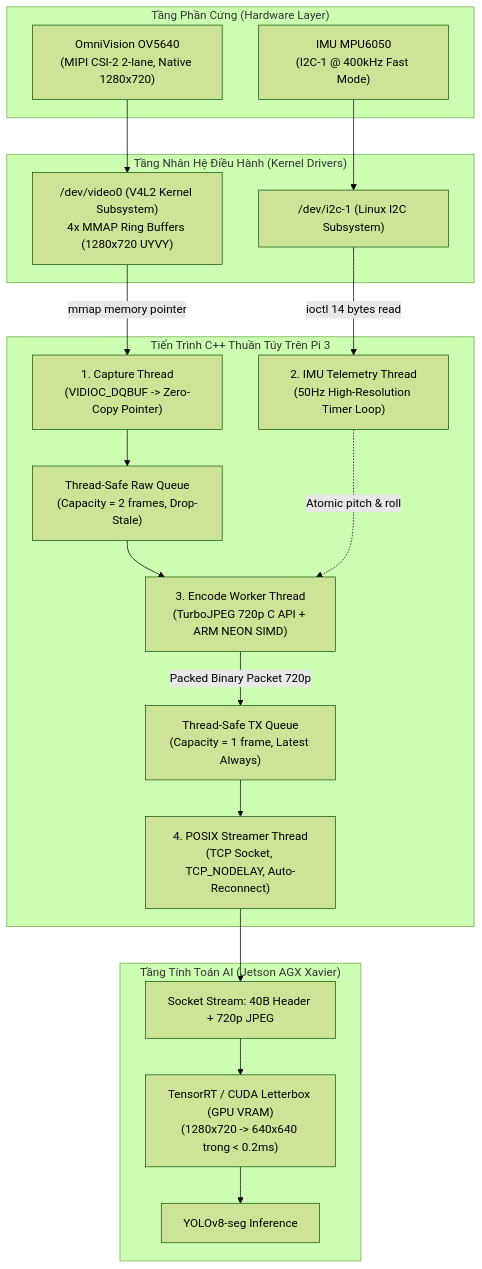
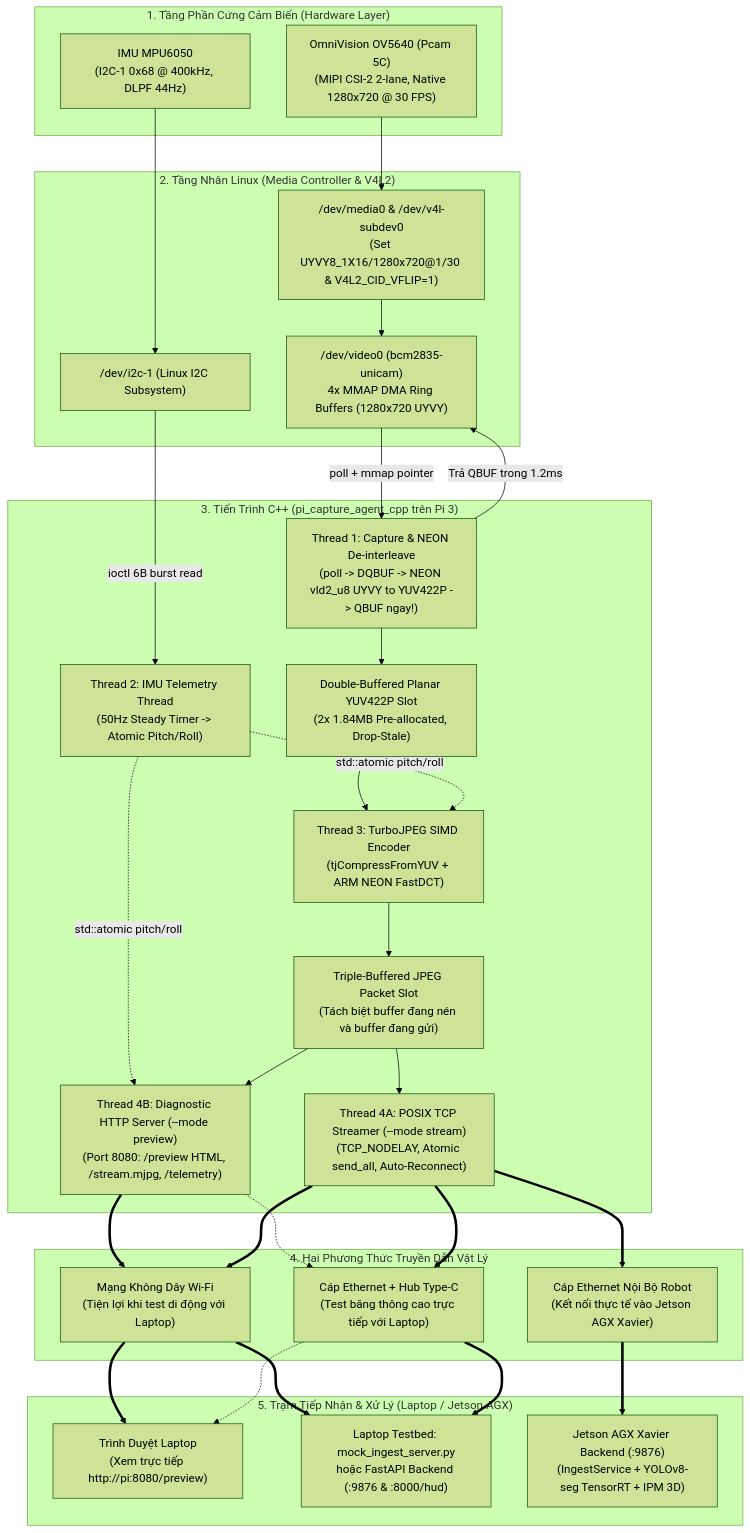
Before and after one commit to phamvantienkiz/monocular-spatial-vision: the first of 2 diagrams in docs/implementation/release-1c/technical-design.md, drawn with Mermaid (forest theme). The commit also changed other lines of this file and 28 other files, not shown here.

````diff
--- a/docs/implementation/release-1c/technical-design.md
+++ b/docs/implementation/release-1c/technical-design.md
@@ -15,48 +17,61 @@
 ```mermaid
 flowchart TD
-    subgraph HARDWARE ["Tầng Phần Cứng (Hardware Layer)"]
-        OV["OmniVision OV5640<br/>(MIPI CSI-2 2-lane, Native 1280x720)"]
-        MPU["IMU MPU6050<br/>(I2C-1 @ 400kHz Fast Mode)"]
+    subgraph HARDWARE ["1. Tầng Phần Cứng Cảm Biến (Hardware Layer)"]
+        OV["OmniVision OV5640 (Pcam 5C)<br/>(MIPI CSI-2 2-lane, Native 1280x720 @ 30 FPS)"]
+        MPU["IMU MPU6050<br/>(I2C-1 0x68 @ 400kHz, DLPF 44Hz)"]
     end
 
-    subgraph DRIVERS ["Tầng Nhân Hệ Điều Hành (Kernel Drivers)"]
-        V4L2_DEV["/dev/video0 (V4L2 Kernel Subsystem)<br/>4x MMAP Ring Buffers (1280x720 UYVY)"]
+    subgraph KERNEL ["2. Tầng Nhân Linux (Media Controller & V4L2)"]
+        MEDIA["/dev/media0 & /dev/v4l-subdev0<br/>(Set UYVY8_1X16/1280x720@1/30 & V4L2_CID_VFLIP=1)"]
+        V4L2_DEV["/dev/video0 (bcm2835-unicam)<br/>4x MMAP DMA Ring Buffers (1280x720 UYVY)"]
         I2C_DEV["/dev/i2c-1 (Linux I2C Subsystem)"]
     end
 
-    subgraph THREADS ["Tiến Trình C++ Thuần Túy Trên Pi 3"]
-        TH_CAP["1. Capture Thread<br/>(VIDIOC_DQBUF -> Zero-Copy Pointer)"]
-        TH_IMU["2. IMU Telemetry Thread<br/>(50Hz High-Resolution Timer Loop)"]
+    subgraph CPP_AGENT ["3. Tiến Trình C++ (pi_capture_agent_cpp trên Pi 3)"]
+        TH_CAP["Thread 1: Capture & NEON De-interleave<br/>(poll -> DQBUF -> NEON vld2_u8 UYVY to YUV422P -> QBUF ngay!)"]
+        TH_IMU["Thread 2: IMU Telemetry Thread<br/>(50Hz Steady Timer -> Atomic Pitch/Roll)"]
         
-        QUEUE_RAW["Thread-Safe Raw Queue<br/>(Capacity = 2 frames, Drop-Stale)"]
+        PLANAR_POOL["Double-Buffered Planar YUV422P Slot<br/>(2x 1.84MB Pre-allocated, Drop-Stale)"]
         
-        TH_ENC["3. Encode Worker Thread<br/>(TurboJPEG 720p C API + ARM NEON SIMD)"]
+        TH_ENC["Thread 3: TurboJPEG SIMD Encoder<br/>(tjCompressFromYUV + ARM NEON FastDCT)"]
         
-        QUEUE_TX["Thread-Safe TX Queue<br/>(Capacity = 1 frame, Latest Always)"]
+        PACKET_POOL["Triple-Buffered JPEG Packet Slot<br/>(Tách biệt buffer đang nén và buffer đang gửi)"]
         
-        TH_STREAM["4. POSIX Streamer Thread<br/>(TCP Socket, TCP_NODELAY, Auto-Reconnect)"]
+        TH_STREAM["Thread 4A: POSIX TCP Streamer (--mode stream)<br/>(TCP_NODELAY, Atomic send_all, Auto-Reconnect)"]
+        TH_PREVIEW["Thread 4B: Diagnostic HTTP Server (--mode preview)<br/>(Port 8080: /preview HTML, /stream.mjpg, /telemetry)"]
     end
 
-    subgraph JETSON ["Tầng Tính Toán AI (Jetson AGX Xavier)"]
-        NET_STREAM["Socket Stream: 40B Header + 720p JPEG"]
-        GPU_RESIZE["TensorRT / CUDA Letterbox (GPU VRAM)<br/>(1280x720 -> 640x640 trong < 0.2ms)"]
-        YOLO["YOLOv8-seg Inference"]
+    subgraph TRANSPORT ["4. Hai Phương Thức Truyền Dẫn Vật Lý"]
+        WIFI["Mạng Không Dây Wi-Fi<br/>(Tiện lợi khi test di động với Laptop)"]
+        ETH_HUB["Cáp Ethernet + Hub Type-C<br/>(Test băng thông cao trực tiếp với Laptop)"]
+        ETH_JETSON["Cáp Ethernet Nội Bộ Robot<br/>(Kết nối thực tế vào Jetson AGX Xavier)"]
     end
 
-    OV --> V4L2_DEV
+    subgraph RECEIVERS ["5. Trạm Tiếp Nhận & Xử Lý (Laptop / Jetson AGX)"]
+        BROWSER["Trình Duyệt Laptop<br/>(Xem trực tiếp http://pi:8080/preview)"]
+        MOCK_INGEST["Laptop Testbed: mock_ingest_server.py<br/>hoặc FastAPI Backend (:9876 & :8000/hud)"]
+        JETSON_BRAIN["Jetson AGX Xavier Backend (:9876)<br/>(IngestService + YOLOv8-seg TensorRT + IPM 3D)"]
+    end
+
+    OV --> MEDIA --> V4L2_DEV
     MPU --> I2C_DEV
     
-    V4L2_DEV -->|mmap memory pointer| TH_CAP
-    I2C_DEV -->|ioctl 14 bytes read| TH_IMU
+    V4L2_DEV -->|poll + mmap pointer| TH_CAP
+    I2C_DEV -->|ioctl 6B burst read| TH_IMU
     
-    TH_CAP --> QUEUE_RAW
-    QUEUE_RAW --> TH_ENC
+    TH_CAP -->|Trả QBUF trong 1.2ms| V4L2_DEV
+    TH_CAP --> PLANAR_POOL --> TH_ENC
+    TH_IMU -.->|std::atomic pitch/roll| TH_ENC
+    TH_IMU -.->|std::atomic pitch/roll| TH_PREVIEW
     
-    TH_IMU -.->|Atomic pitch & roll| TH_ENC
-    TH_ENC -->|Packed Binary Packet 720p| QUEUE_TX
+    TH_ENC --> PACKET_POOL
+    PACKET_POOL --> TH_STREAM
+    PACKET_POOL --> TH_PREVIEW
     
-    QUEUE_TX --> TH_STREAM
-    TH_STREAM --> NET_STREAM
-    NET_STREAM --> GPU_RESIZE
-    GPU_RESIZE --> YOLO
+    TH_PREVIEW ==> WIFI ==> BROWSER
+    TH_PREVIEW -.-> ETH_HUB -.-> BROWSER
+    
+    TH_STREAM ==> WIFI ==> MOCK_INGEST
+    TH_STREAM ==> ETH_HUB ==> MOCK_INGEST
+    TH_STREAM ==> ETH_JETSON ==> JETSON_BRAIN
 ```
````
